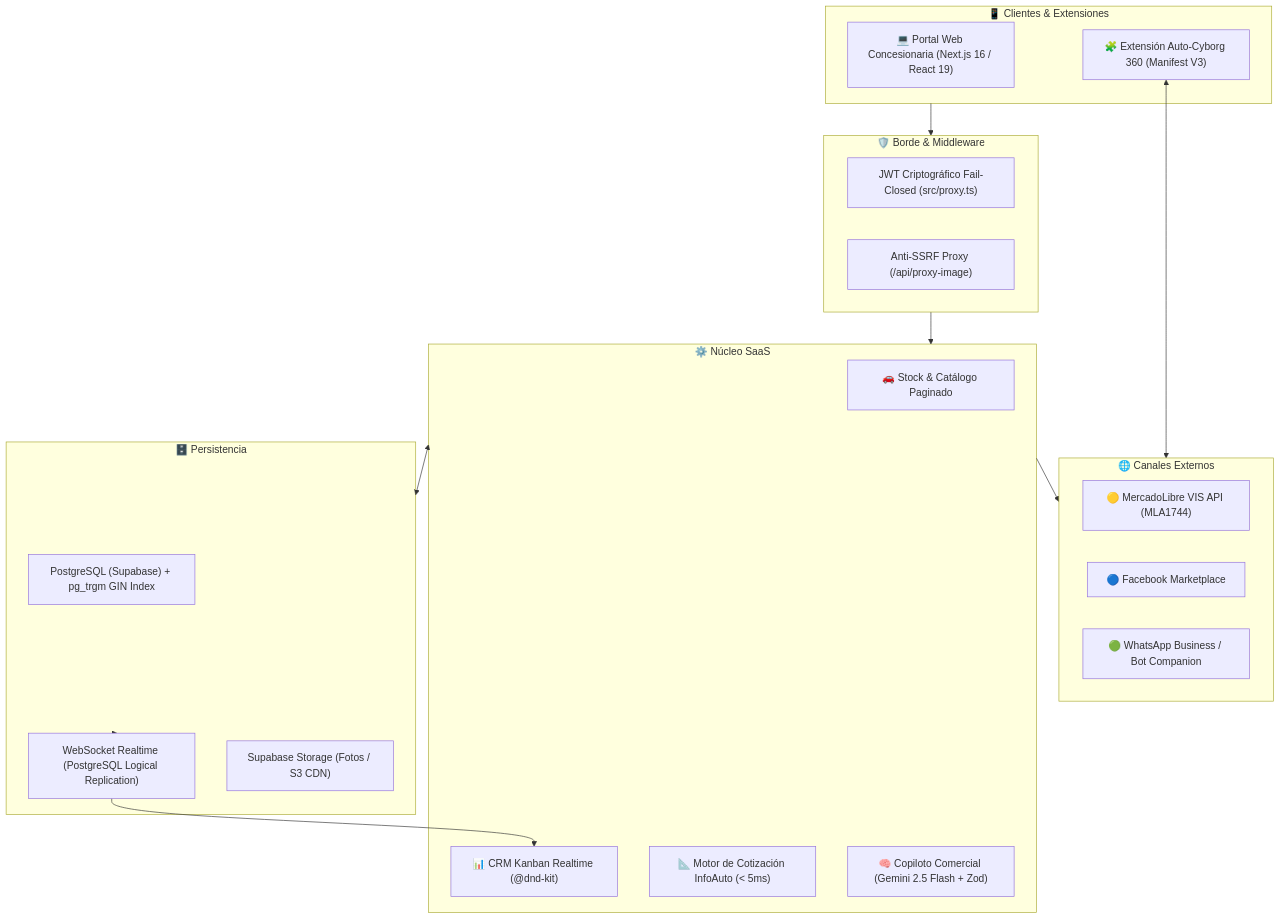
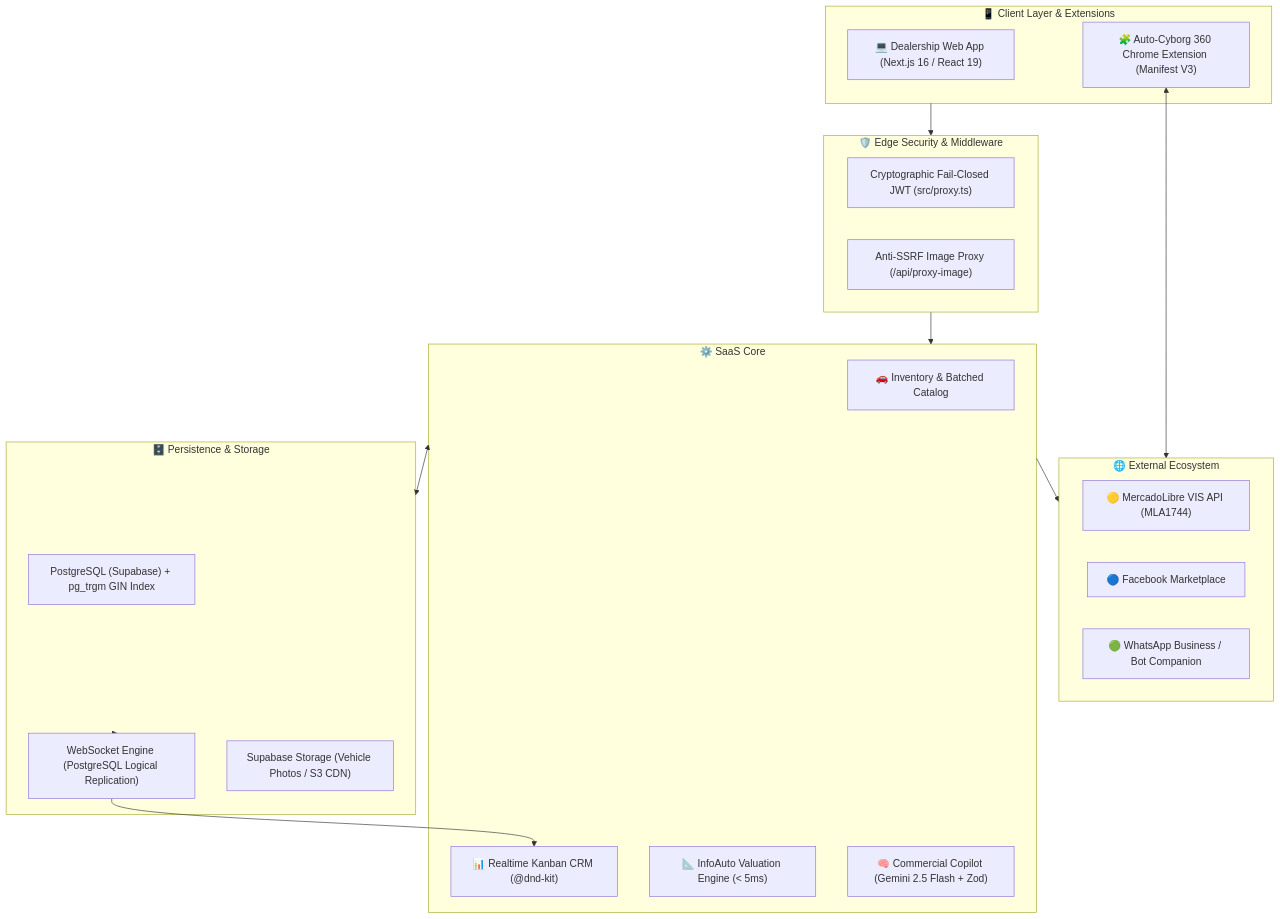
Before and after one commit to thomasskarp/autoapp: the diagram in README.md, drawn with Mermaid. The commit also changed other lines of this file and 2 other files, not shown here.

````diff
--- a/README.md
+++ b/README.md
@@ -30,38 +30,38 @@
 ```mermaid
 flowchart TB
-    subgraph CLIENTES ["📱 Clientes & Extensiones"]
-        WEB["💻 Portal Web Concesionaria (Next.js 16 / React 19)"]
-        EXT["🧩 Extensión Auto-Cyborg 360 (Manifest V3)"]
+    subgraph CLIENTS ["📱 Client Layer & Extensions"]
+        WEB["💻 Dealership Web App (Next.js 16 / React 19)"]
+        EXT["🧩 Auto-Cyborg 360 Chrome Extension (Manifest V3)"]
     end
 
-    subgraph SEGURIDAD ["🛡️ Borde & Middleware"]
-        AUTH_GUARD["JWT Criptográfico Fail-Closed (src/proxy.ts)"]
-        SSRF_GUARD["Anti-SSRF Proxy (/api/proxy-image)"]
+    subgraph SECURITY ["🛡️ Edge Security & Middleware"]
+        AUTH_GUARD["Cryptographic Fail-Closed JWT (src/proxy.ts)"]
+        SSRF_GUARD["Anti-SSRF Image Proxy (/api/proxy-image)"]
     end
 
-    subgraph NUCLEO ["⚙️ Núcleo SaaS"]
-        STOCK["🚗 Stock & Catálogo Paginado"]
-        CRM["📊 CRM Kanban Realtime (@dnd-kit)"]
-        VALUATION["📐 Motor de Cotización InfoAuto (< 5ms)"]
-        AI_ENGINE["🧠 Copiloto Comercial (Gemini 2.5 Flash + Zod)"]
+    subgraph CORE ["⚙️ SaaS Core"]
+        STOCK["🚗 Inventory & Batched Catalog"]
+        CRM["📊 Realtime Kanban CRM (@dnd-kit)"]
+        VALUATION["📐 InfoAuto Valuation Engine (< 5ms)"]
+        AI_ENGINE["🧠 Commercial Copilot (Gemini 2.5 Flash + Zod)"]
     end
 
-    subgraph DATOS ["🗄️ Persistencia"]
+    subgraph DATA ["🗄️ Persistence & Storage"]
         PG["PostgreSQL (Supabase) + pg_trgm GIN Index"]
-        REALTIME["WebSocket Realtime (PostgreSQL Logical Replication)"]
-        STORAGE["Supabase Storage (Fotos / S3 CDN)"]
+        REALTIME["WebSocket Engine (PostgreSQL Logical Replication)"]
+        STORAGE["Supabase Storage (Vehicle Photos / S3 CDN)"]
     end
 
-    subgraph CANALES ["🌐 Canales Externos"]
+    subgraph CHANNELS ["🌐 External Ecosystem"]
         MELI["🟡 MercadoLibre VIS API (MLA1744)"]
         FB["🔵 Facebook Marketplace"]
         WA["🟢 WhatsApp Business / Bot Companion"]
     end
 
-    CLIENTES --> SEGURIDAD
-    SEGURIDAD --> NUCLEO
-    NUCLEO <--> DATOS
-    DATOS --> REALTIME --> CRM
-    NUCLEO --> CANALES
-    EXT <--> CANALES
+    CLIENTS --> SECURITY
+    SECURITY --> CORE
+    CORE <--> DATA
+    DATA --> REALTIME --> CRM
+    CORE --> CHANNELS
+    EXT <--> CHANNELS
 ```
````
